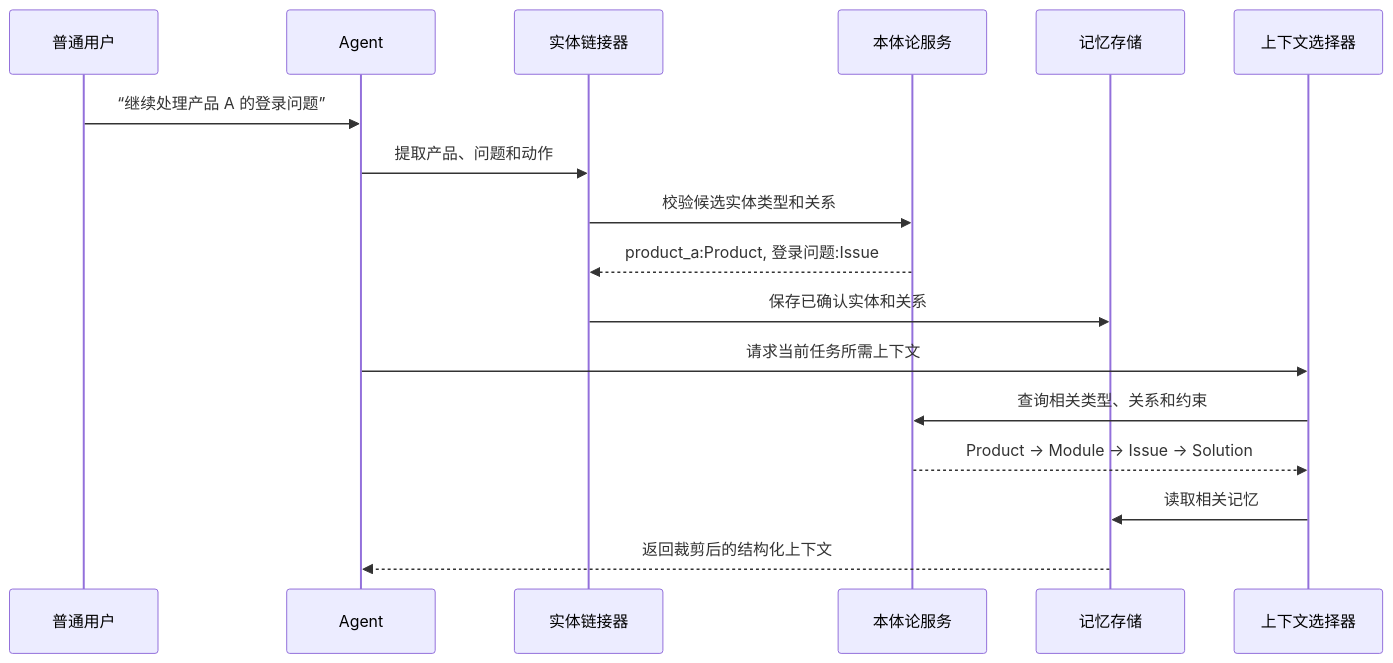
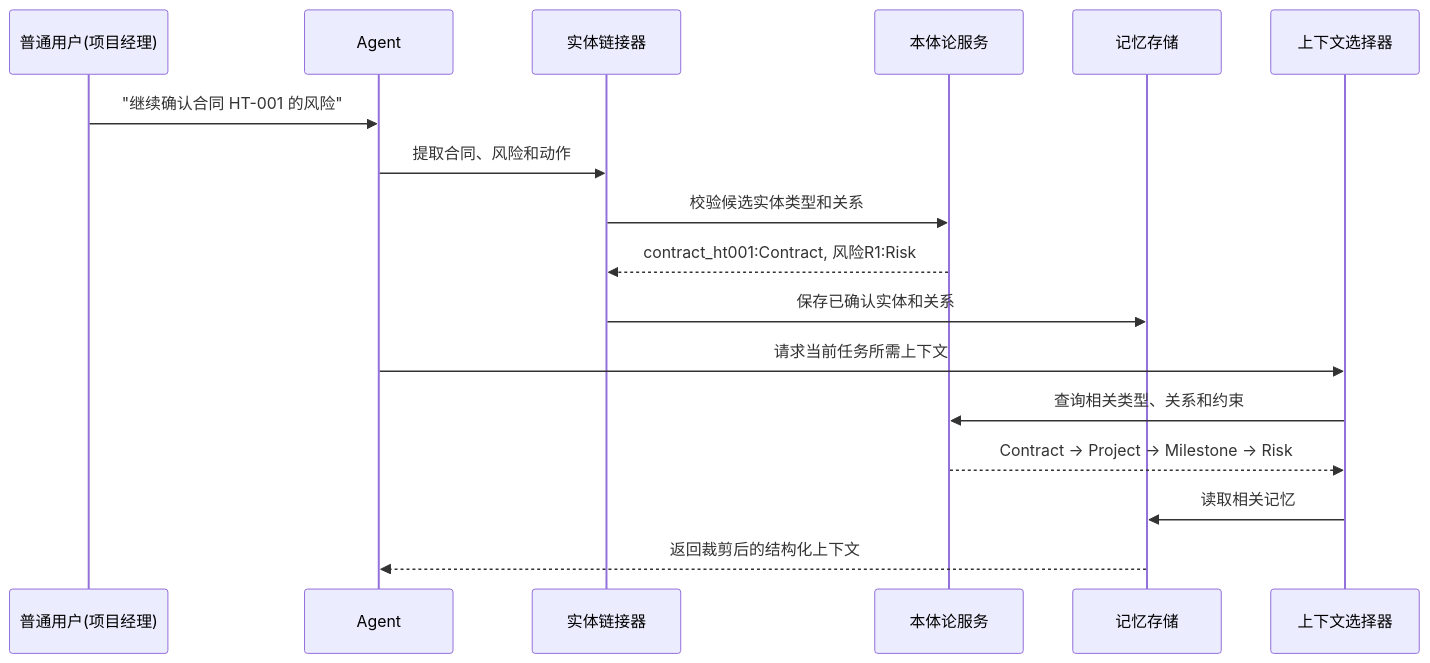
Before and after one commit to sealzrt/2026-08--agent: the third of 4 diagrams in 本体论-agent/05-Agent集成/11.本体论增强上下文管理和记忆.md, drawn with Mermaid. The commit also changed other lines of this file and 62 other files, not shown here.

````diff
--- a/本体论-agent/05-Agent集成/11.本体论增强上下文管理和记忆.md
+++ b/本体论-agent/05-Agent集成/11.本体论增强上下文管理和记忆.md
@@ -53,20 +97,20 @@
 ```mermaid
 sequenceDiagram
-    participant U as 普通用户
+    participant U as 普通用户(项目经理)
     participant A as Agent
     participant E as 实体链接器
     participant O as 本体论服务
     participant M as 记忆存储
     participant C as 上下文选择器
 
-    U->>A: “继续处理产品 A 的登录问题”
-    A->>E: 提取产品、问题和动作
+    U->>A: "继续确认合同 HT-001 的风险"
+    A->>E: 提取合同、风险和动作
     E->>O: 校验候选实体类型和关系
-    O-->>E: product_a:Product, 登录问题:Issue
+    O-->>E: contract_ht001:Contract, 风险R1:Risk
     E->>M: 保存已确认实体和关系
     A->>C: 请求当前任务所需上下文
     C->>O: 查询相关类型、关系和约束
-    O-->>C: Product -> Module -> Issue -> Solution
+    O-->>C: Contract -> Project -> Milestone -> Risk
     C->>M: 读取相关记忆
     M-->>A: 返回裁剪后的结构化上下文
 ```
````
